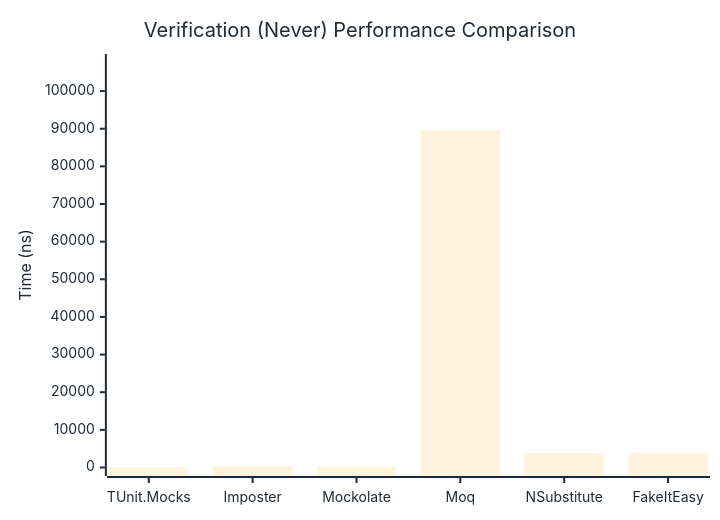
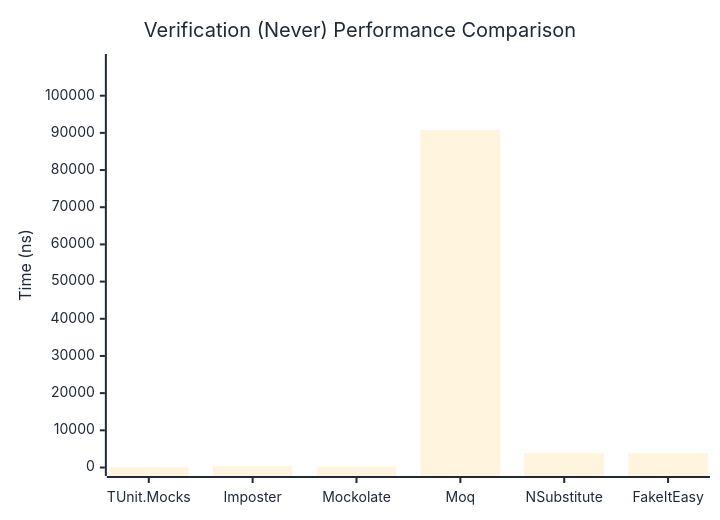
One commit to thomhurst/TUnit changed the second of 3 diagrams in docs/docs/benchmarks/mocks/Verification.md. Above: the diagram before and after it, drawn with Mermaid. The commit also changed other lines of this file and 14 other files, not shown here.

````diff
--- a/docs/docs/benchmarks/mocks/Verification.md
+++ b/docs/docs/benchmarks/mocks/Verification.md
@@ -71,27 +71,27 @@
 ```mermaid
 %%{init: {
   'theme':'base',
   'themeVariables': {
     'primaryColor': '#2563eb',
     'primaryTextColor': '#1f2937',
     'primaryBorderColor': '#1e40af',
     'lineColor': '#6b7280',
     'secondaryColor': '#7c3aed',
     'tertiaryColor': '#dc2626',
     'background': '#ffffff',
     'pie1': '#2563eb',
     'pie2': '#7c3aed',
     'pie3': '#dc2626',
     'pie4': '#f59e0b',
     'pie5': '#10b981',
     'pie6': '#06b6d4',
     'pie7': '#ec4899',
     'pie8': '#6366f1'
   }
 }}%%
 xychart-beta
   title "Verification (Never) Performance Comparison"
   x-axis ["TUnit.Mocks", "Imposter", "Mockolate", "Moq", "NSubstitute", "FakeItEasy"]
-  y-axis "Time (ns)" 0 --> 107586
-  bar [60.35, 376.14, 257.43, 89654.75, 3889.21, 3924.29]
+  y-axis "Time (ns)" 0 --> 108925
+  bar [56.97, 352.6, 258.29, 90770.52, 3939.88, 3848.23]
 ```
````
